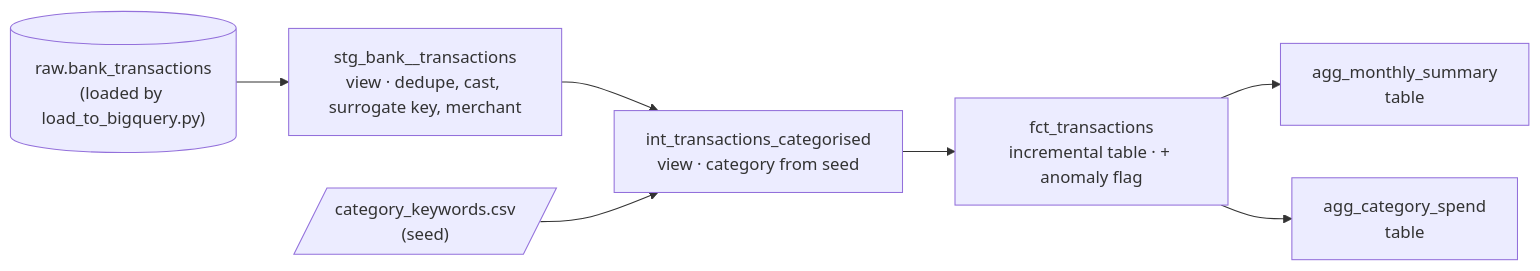
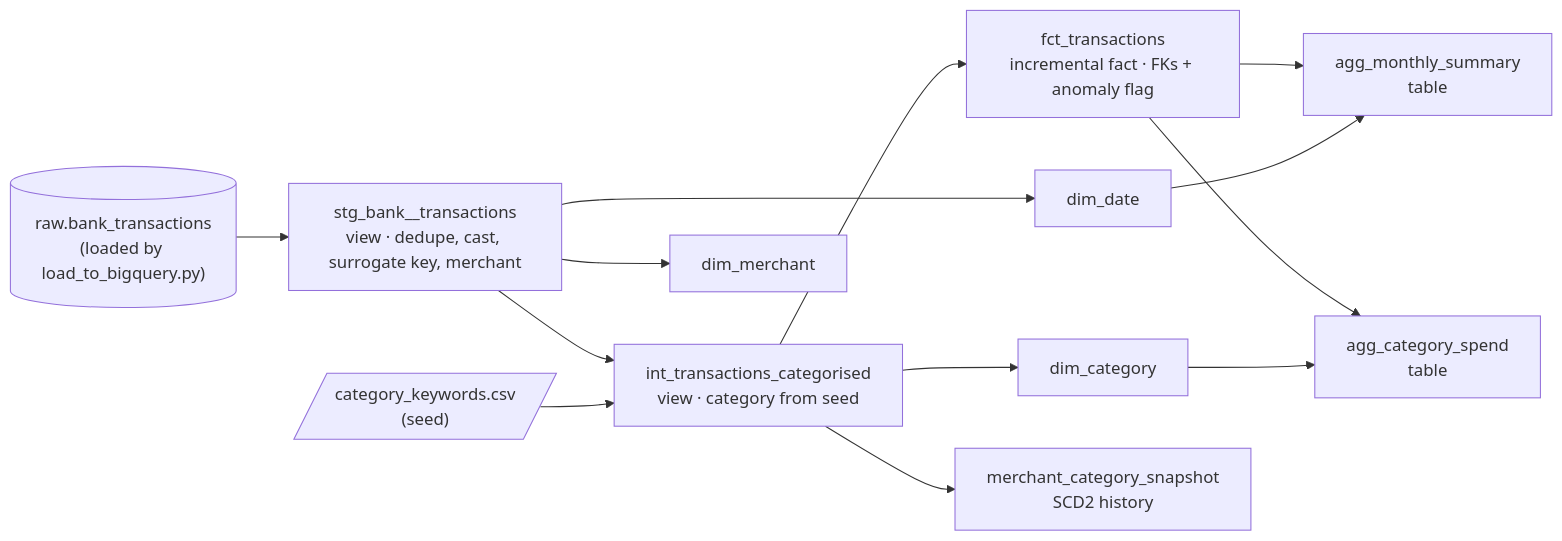
One commit to ARAVINDHRAJA123/Bank-Statement-Analyser changed the second of 2 diagrams in README.md. Above: the diagram before and after it, drawn with Mermaid. The commit also changed other lines of this file, not shown here.

Commit message:
README: bring docs in sync with the star schema (lineage diagram, analytics text, project tree)

````diff
--- a/README.md
+++ b/README.md
@@ -126,15 +132,25 @@
 ```mermaid
 flowchart LR
     SRC[("raw.bank_transactions<br/>(loaded by load_to_bigquery.py)")]
+    SEED[/"category_keywords.csv<br/>(seed)"/]
     STG["stg_bank__transactions<br/>view · dedupe, cast, surrogate key, merchant"]
     INT["int_transactions_categorised<br/>view · category from seed"]
-    FCT["fct_transactions<br/>incremental table · + anomaly flag"]
+    FCT["fct_transactions<br/>incremental fact · FKs + anomaly flag"]
+    DDATE["dim_date"]
+    DMERCH["dim_merchant"]
+    DCAT["dim_category"]
     AGM["agg_monthly_summary<br/>table"]
     AGC["agg_category_spend<br/>table"]
-    SEED[/"category_keywords.csv<br/>(seed)"/]
+    SNAP["merchant_category_snapshot<br/>SCD2 history"]
 
     SRC --> STG --> INT --> FCT
     SEED --> INT
+    STG --> DDATE
+    STG --> DMERCH
+    INT --> DCAT
+    INT --> SNAP
     FCT --> AGM
     FCT --> AGC
+    DDATE --> AGM
+    DCAT --> AGC
 ```
````
